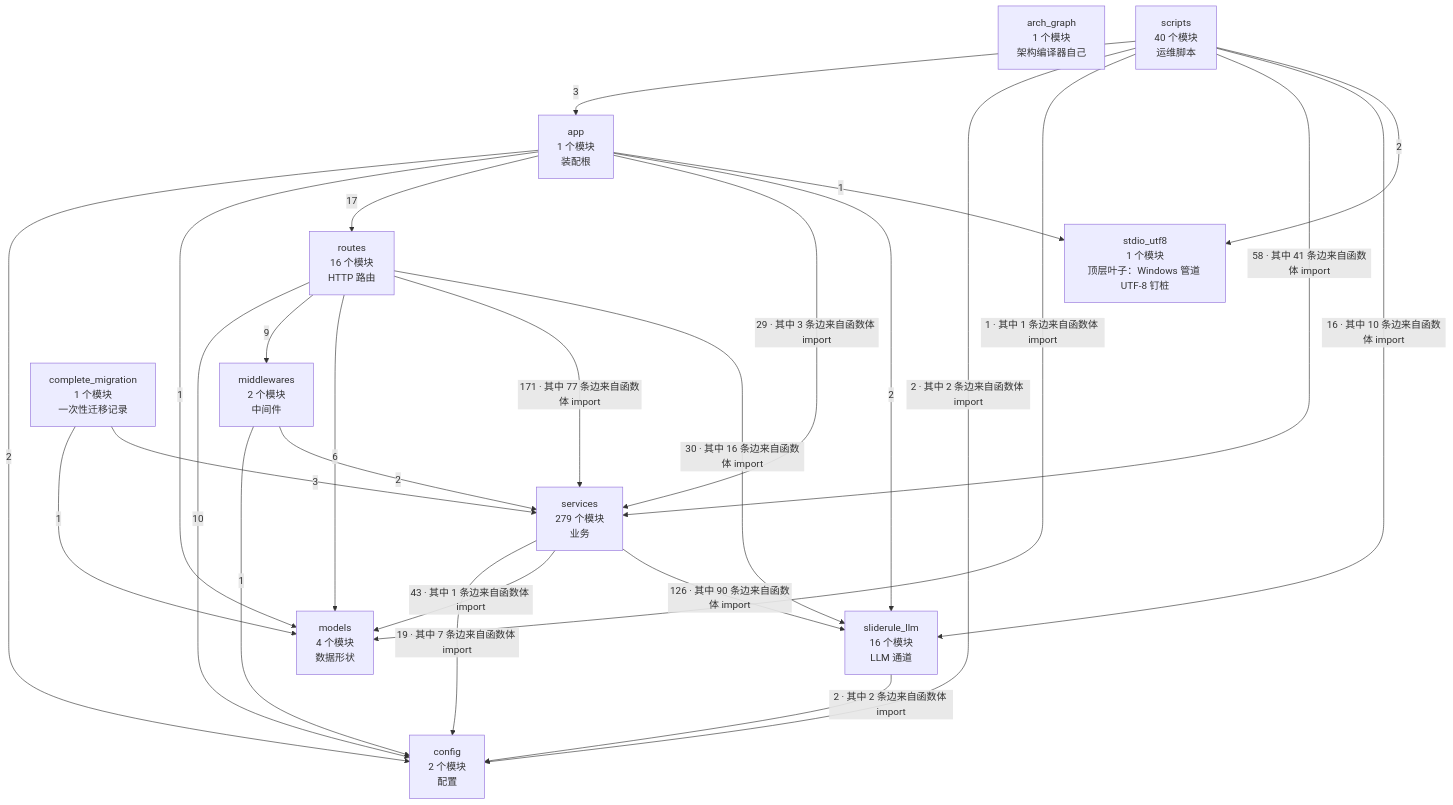
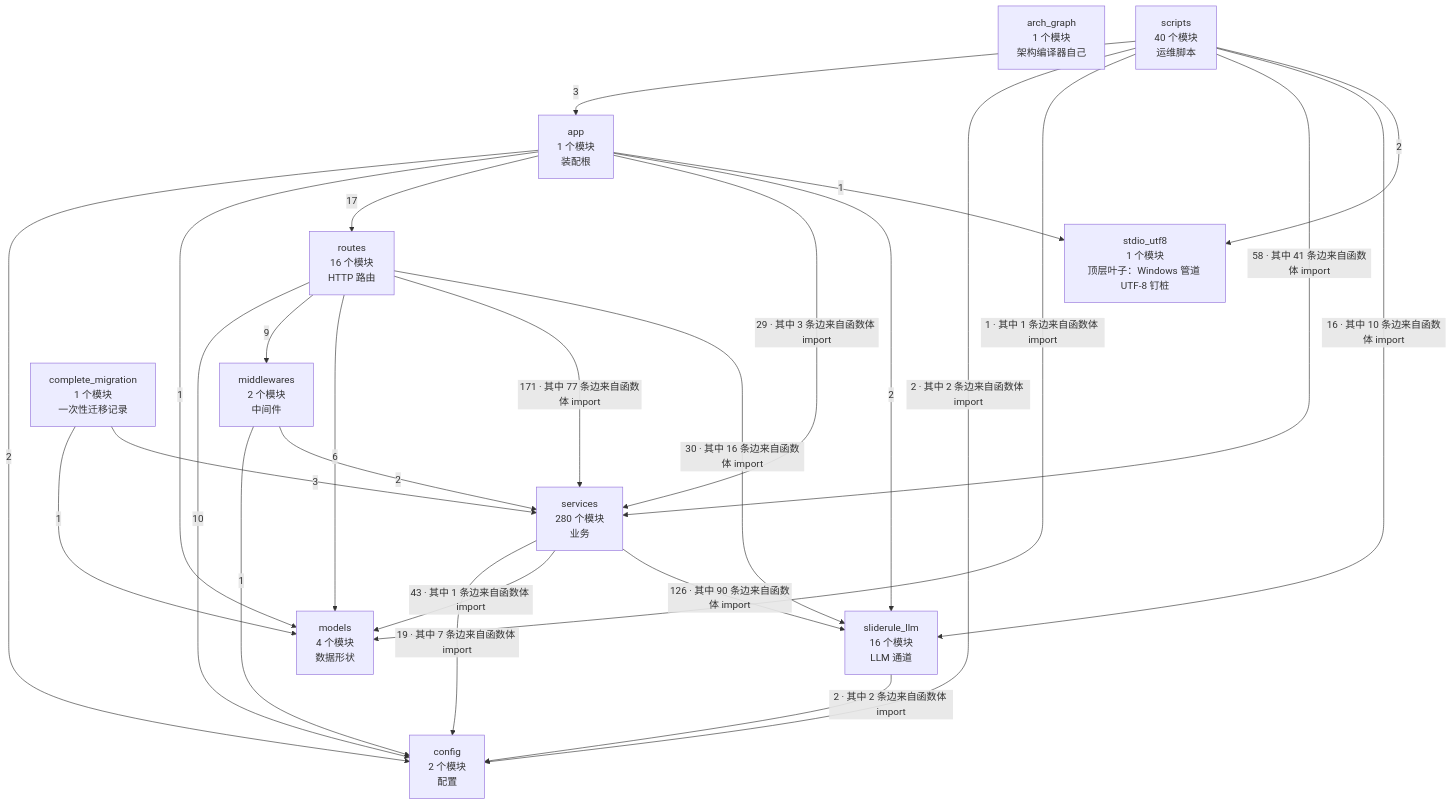
One commit to 2686521696/WhyBuddy changed the second of 4 diagrams in docs/SlideRule V6.2 架构图（自动生成）.md. Above: the diagram before and after it, drawn with Mermaid. The commit also changed other lines of this file and 12 other files, not shown here.

````diff
--- a/docs/SlideRule V6.2 架构图（自动生成）.md
+++ b/docs/SlideRule V6.2 架构图（自动生成）.md
@@ -62,39 +62,39 @@
 ```mermaid
 flowchart TB
   arch_graph["arch_graph<br/>1 个模块<br/>架构编译器自己"]
   config["config<br/>2 个模块<br/>配置"]
   models["models<br/>4 个模块<br/>数据形状"]
   stdio_utf8["stdio_utf8<br/>1 个模块<br/>顶层叶子：Windows 管道 UTF-8 钉桩"]
   sliderule_llm["sliderule_llm<br/>16 个模块<br/>LLM 通道"]
   middlewares["middlewares<br/>2 个模块<br/>中间件"]
-  services["services<br/>279 个模块<br/>业务"]
+  services["services<br/>280 个模块<br/>业务"]
   routes["routes<br/>16 个模块<br/>HTTP 路由"]
   app["app<br/>1 个模块<br/>装配根"]
   complete_migration["complete_migration<br/>1 个模块<br/>一次性迁移记录"]
   scripts["scripts<br/>40 个模块<br/>运维脚本"]
   app -->|2| config
   app -->|1| models
   app -->|17| routes
   app -->|29 · 其中 3 条边来自函数体 import| services
   app -->|2| sliderule_llm
   app -->|1| stdio_utf8
   complete_migration -->|1| models
   complete_migration -->|3| services
   middlewares -->|1| config
   middlewares -->|2| services
   routes -->|10| config
   routes -->|9| middlewares
   routes -->|6| models
   routes -->|171 · 其中 77 条边来自函数体 import| services
   routes -->|30 · 其中 16 条边来自函数体 import| sliderule_llm
   scripts -->|3| app
   scripts -->|2 · 其中 2 条边来自函数体 import| config
   scripts -->|1 · 其中 1 条边来自函数体 import| models
   scripts -->|58 · 其中 41 条边来自函数体 import| services
   scripts -->|16 · 其中 10 条边来自函数体 import| sliderule_llm
   scripts -->|2| stdio_utf8
   services -->|19 · 其中 7 条边来自函数体 import| config
   services -->|43 · 其中 1 条边来自函数体 import| models
   services -->|126 · 其中 90 条边来自函数体 import| sliderule_llm
   sliderule_llm -->|2 · 其中 2 条边来自函数体 import| config
 ```
````
